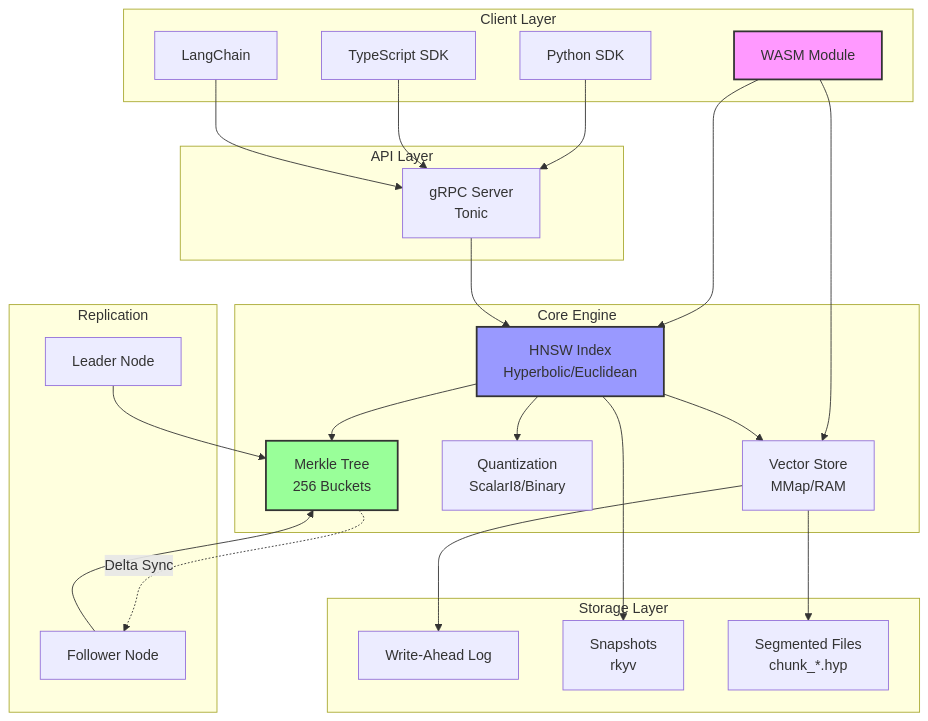
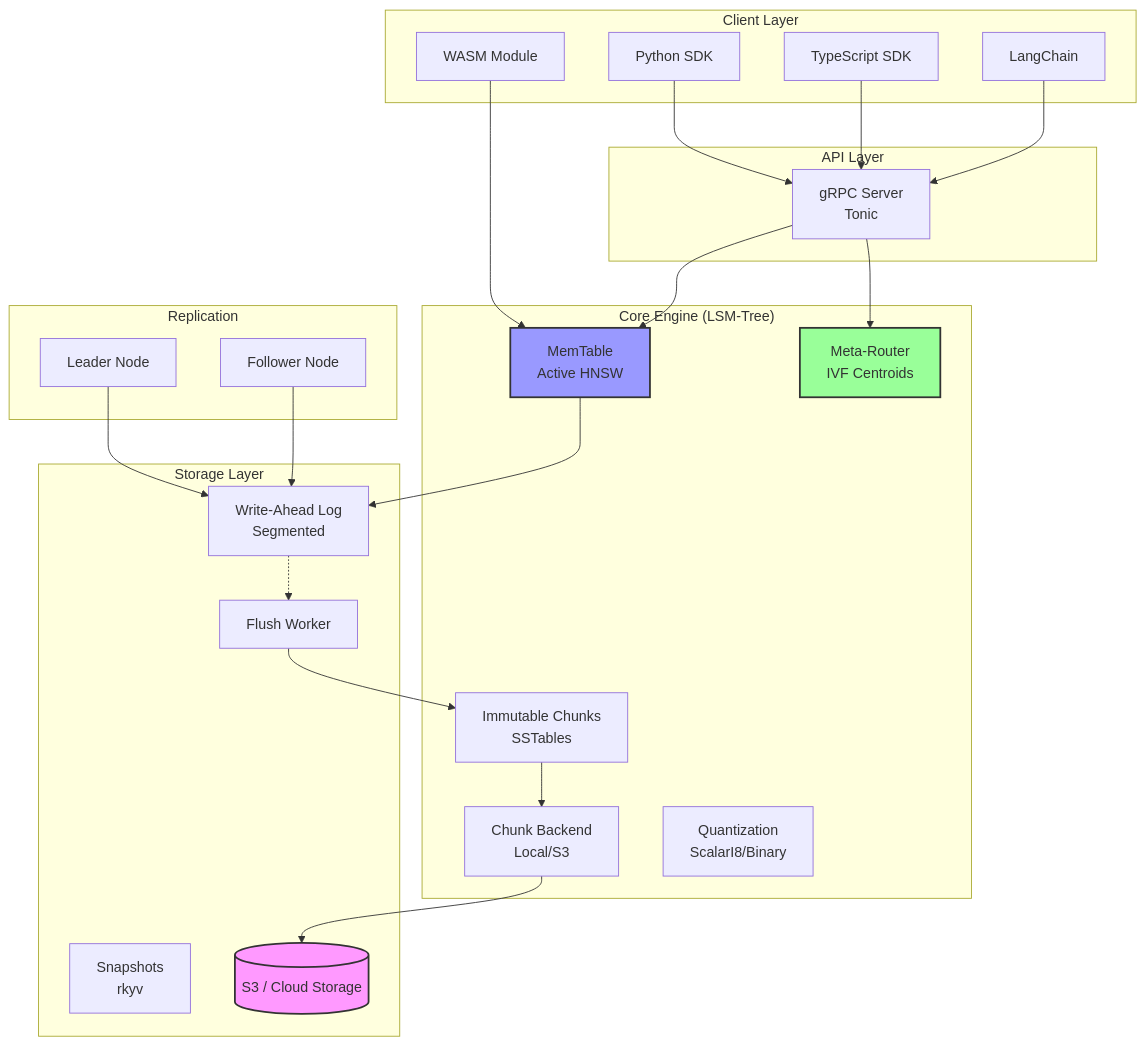
One commit to YARlabs/hyperspace-db changed the first of 7 diagrams in docs/ARCHITECTURE.md. Above: the diagram before and after it, drawn with Mermaid. The commit also changed other lines of this file and 79 other files, not shown here.

````diff
--- a/docs/ARCHITECTURE.md
+++ b/docs/ARCHITECTURE.md
@@ -5,54 +5,53 @@
 ```mermaid
 graph TB
     subgraph "Client Layer"
         PY[Python SDK]
         TS[TypeScript SDK]
         WASM[WASM Module]
         LC[LangChain]
     end
     
     subgraph "API Layer"
         GRPC[gRPC Server<br/>Tonic]
     end
     
-    subgraph "Core Engine"
-        IDX[HNSW Index<br/>Hyperbolic/Euclidean]
-        STORE[Vector Store<br/>MMap/RAM]
+    subgraph "Core Engine (LSM-Tree)"
+        MEM[MemTable<br/>Active HNSW]
+        CHUNK[Immutable Chunks<br/>SSTables]
+        ROUTER[Meta-Router<br/>IVF Centroids]
+        BACKEND[Chunk Backend<br/>Local/S3]
         QUANT[Quantization<br/>ScalarI8/Binary]
-        MERKLE[Merkle Tree<br/>256 Buckets]
     end
     
     subgraph "Storage Layer"
-        WAL[Write-Ahead Log]
+        WAL[Write-Ahead Log<br/>Segmented]
+        FLUSH[Flush Worker]
         SNAP[Snapshots<br/>rkyv]
-        CHUNKS[Segmented Files<br/>chunk_*.hyp]
+        S3[(S3 / Cloud Storage)]
     end
     
     subgraph "Replication"
         LEADER[Leader Node]
         FOLLOWER[Follower Node]
     end
     
     PY --> GRPC
     TS --> GRPC
     LC --> GRPC
-    WASM --> STORE
-    WASM --> IDX
+    WASM --> MEM
     
-    GRPC --> IDX
-    IDX --> STORE
-    IDX --> QUANT
-    IDX --> MERKLE
+    GRPC --> MEM
+    GRPC --> ROUTER
+    MEM --> WAL
+    FLUSH --> CHUNK
+    WAL -.-> FLUSH
+    CHUNK --> BACKEND
+    BACKEND --> S3
     
-    STORE --> CHUNKS
-    STORE --> WAL
-    IDX --> SNAP
+    LEADER --> WAL
+    FOLLOWER --> WAL
     
-    LEADER --> MERKLE
-    FOLLOWER --> MERKLE
-    MERKLE -.Delta Sync.-> FOLLOWER
-    
-    style WASM fill:#f9f,stroke:#333,stroke-width:2px
-    style MERKLE fill:#9f9,stroke:#333,stroke-width:2px
-    style IDX fill:#99f,stroke:#333,stroke-width:2px
+    style S3 fill:#f9f,stroke:#333,stroke-width:2px
+    style ROUTER fill:#9f9,stroke:#333,stroke-width:2px
+    style MEM fill:#99f,stroke:#333,stroke-width:2px
 ```
````
